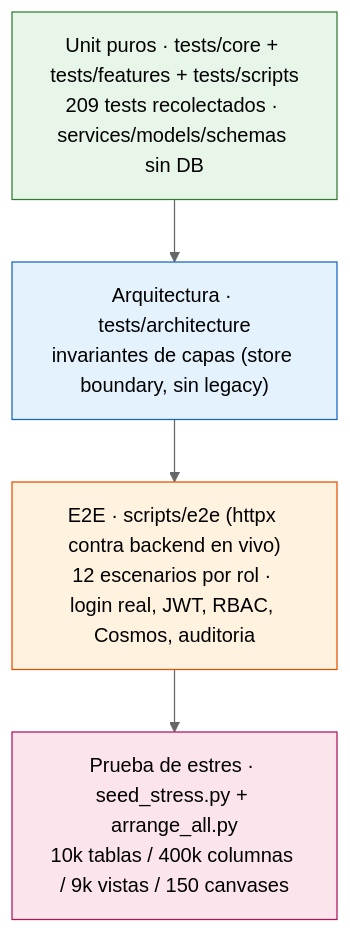
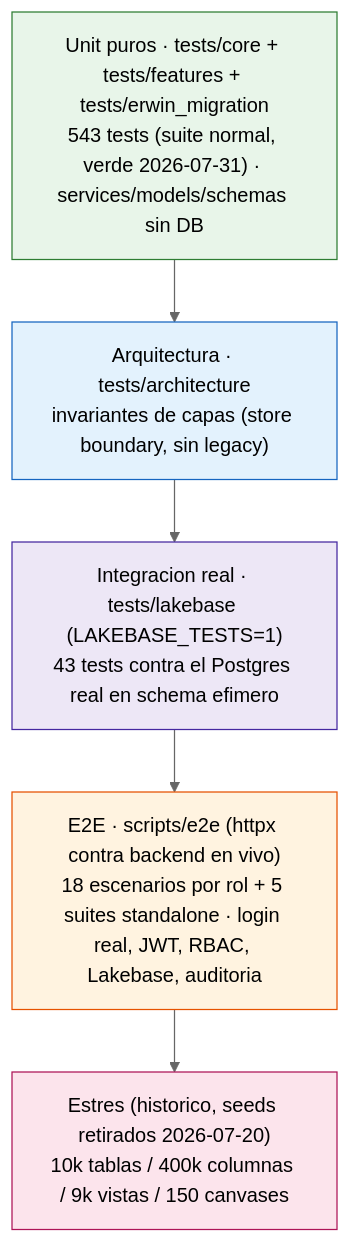
One commit to Carlosmps97/backend-data-model-hub changed the first of 6 diagrams in doc/testing.md. Above: the diagram before and after it, drawn with Mermaid (neutral theme). The commit also changed other lines of this file and 8 other files, not shown here.

````diff
--- a/doc/testing.md
+++ b/doc/testing.md
@@ -20,14 +22,16 @@
 ```mermaid
 flowchart TD
-    A["Prueba de estres · seed_stress.py + arrange_all.py<br/>10k tablas / 400k columnas / 9k vistas / 150 canvases"]
-    B["E2E · scripts/e2e (httpx contra backend en vivo)<br/>12 escenarios por rol · login real, JWT, RBAC, Cosmos, auditoria"]
+    A["Estres (historico, seeds retirados 2026-07-20)<br/>10k tablas / 400k columnas / 9k vistas / 150 canvases"]
+    B["E2E · scripts/e2e (httpx contra backend en vivo)<br/>18 escenarios por rol + 5 suites standalone · login real, JWT, RBAC, Lakebase, auditoria"]
+    L["Integracion real · tests/lakebase (LAKEBASE_TESTS=1)<br/>43 tests contra el Postgres real en schema efimero"]
     C["Arquitectura · tests/architecture<br/>invariantes de capas (store boundary, sin legacy)"]
-    D["Unit puros · tests/core + tests/features + tests/scripts<br/>209 tests recolectados · services/models/schemas sin DB"]
+    D["Unit puros · tests/core + tests/features + tests/erwin_migration<br/>543 tests (suite normal, verde 2026-07-31) · services/models/schemas sin DB"]
 
-    D --> C --> B --> A
+    D --> C --> L --> B --> A
 
     style D fill:#e8f5e9,stroke:#2e7d32
     style C fill:#e3f2fd,stroke:#1565c0
+    style L fill:#ede7f6,stroke:#4527a0
     style B fill:#fff3e0,stroke:#e65100
     style A fill:#fce4ec,stroke:#ad1457
 ```
````
